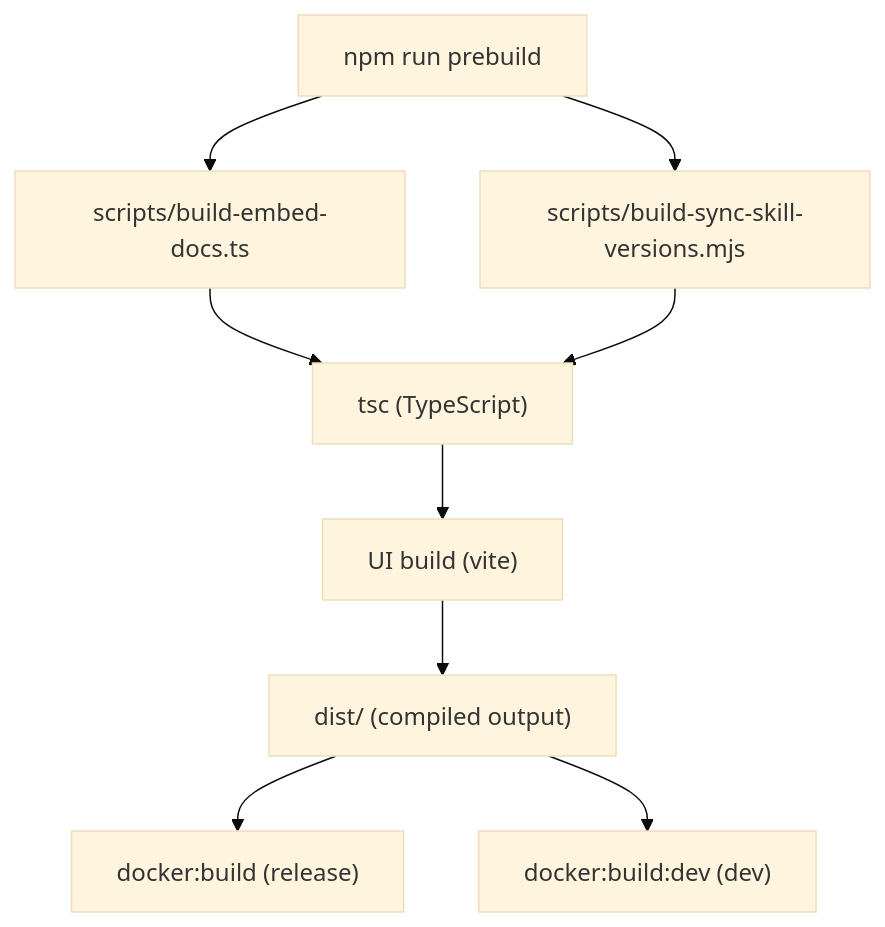
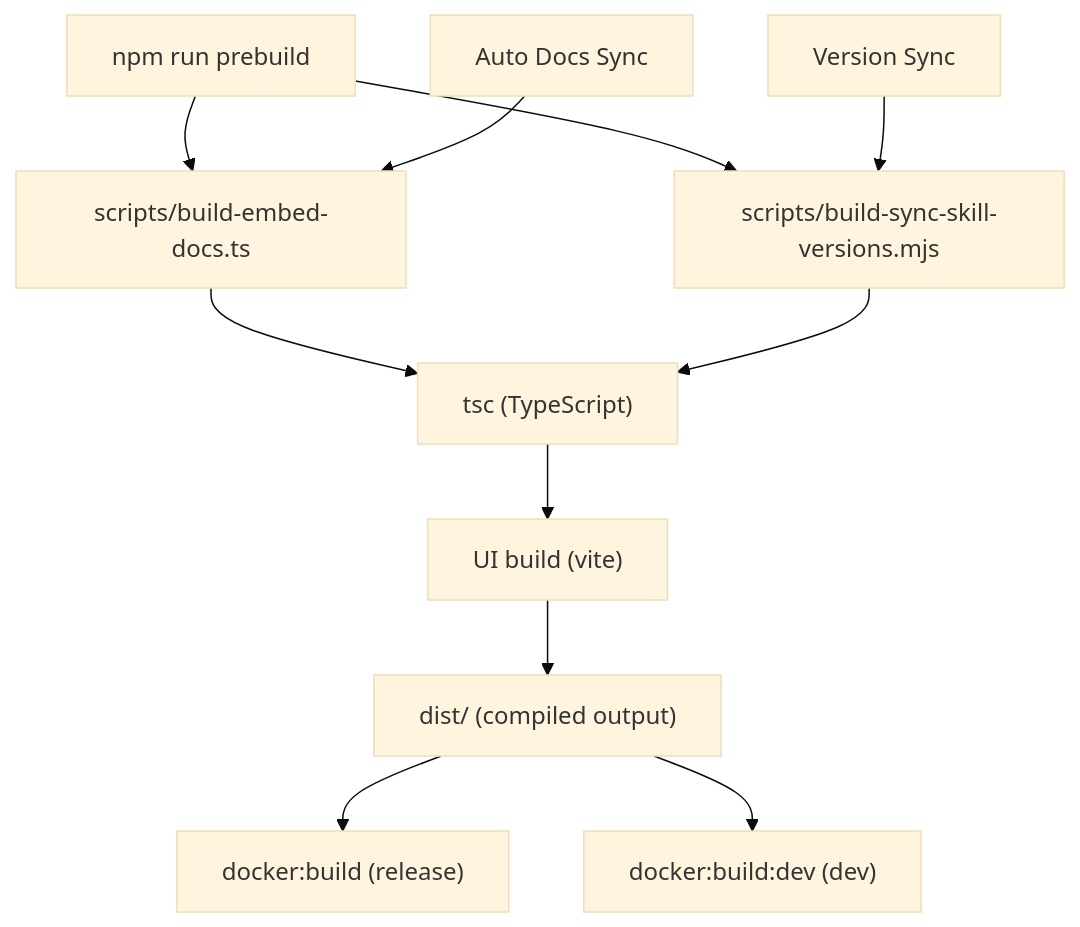
The fourth of 8 diagrams in .qoder/repowiki/en/content/Contributing & Development.md (debian777/kairos-mcp), drawn with Mermaid (base theme) before and after one commit. The commit also changed other lines of this file and 17 other files, not shown here.

````diff
--- a/.qoder/repowiki/en/content/Contributing & Development.md
+++ b/.qoder/repowiki/en/content/Contributing & Development.md
@@ -145,11 +178,13 @@
 ```mermaid
 flowchart TD
 A["npm run prebuild"] --> B["scripts/build-embed-docs.ts"]
 A --> C["scripts/build-sync-skill-versions.mjs"]
 B --> D["tsc (TypeScript)"]
 C --> D
 D --> E["UI build (vite)"]
 E --> F["dist/ (compiled output)"]
 F --> G["docker:build (release)"]
 F --> H["docker:build:dev (dev)"]
+I["Auto Docs Sync"] --> B
+J["Version Sync"] --> C
 ```
````
